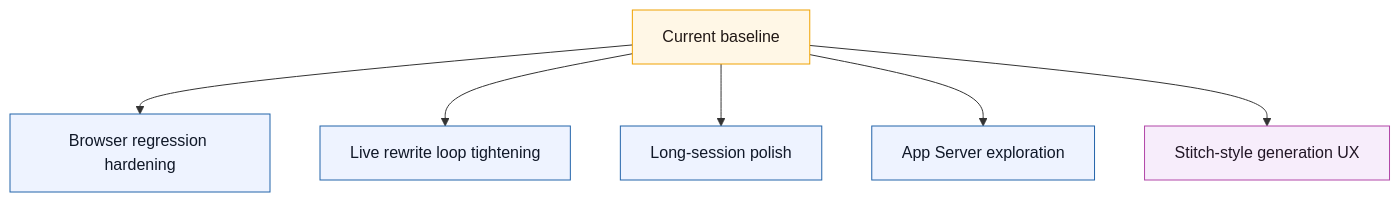
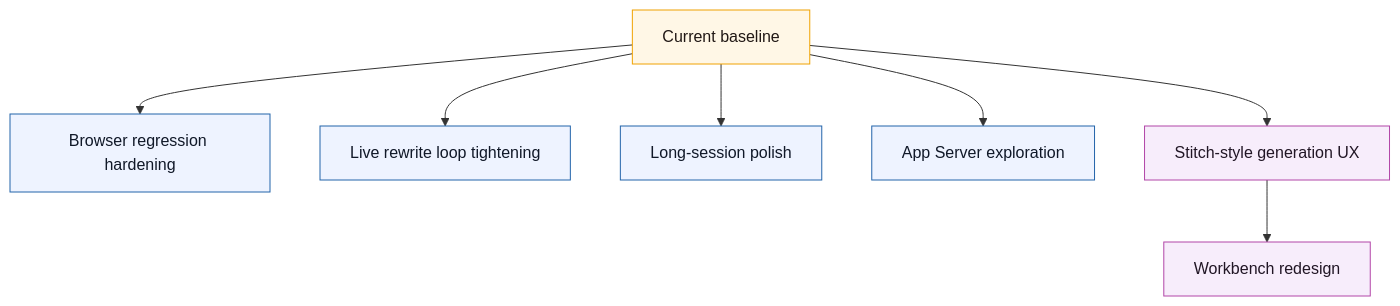
The fourth of 5 diagrams in docs/EXECUTION_STATUS.md (varshneydevansh/Canvax), drawn with Mermaid before and after one commit. The commit also changed other lines of this file and 16 other files, not shown here.

````diff
--- a/docs/EXECUTION_STATUS.md
+++ b/docs/EXECUTION_STATUS.md
@@ -189,15 +192,16 @@
 ```mermaid
 flowchart TD
     A[Current baseline] --> B[Browser regression hardening]
     A --> C[Live rewrite loop tightening]
     A --> D[Long-session polish]
     A --> E[App Server exploration]
     A --> F[Stitch-style generation UX]
+    F --> G[Workbench redesign]
 
     classDef base fill:#fff7e6,stroke:#f0a202,color:#211815;
     classDef work fill:#eef3ff,stroke:#2364aa,color:#101828;
     classDef design fill:#f7edfb,stroke:#b246a8,color:#211625;
     class A base;
     class B,C,D,E work;
-    class F design;
+    class F,G design;
 ```
````
